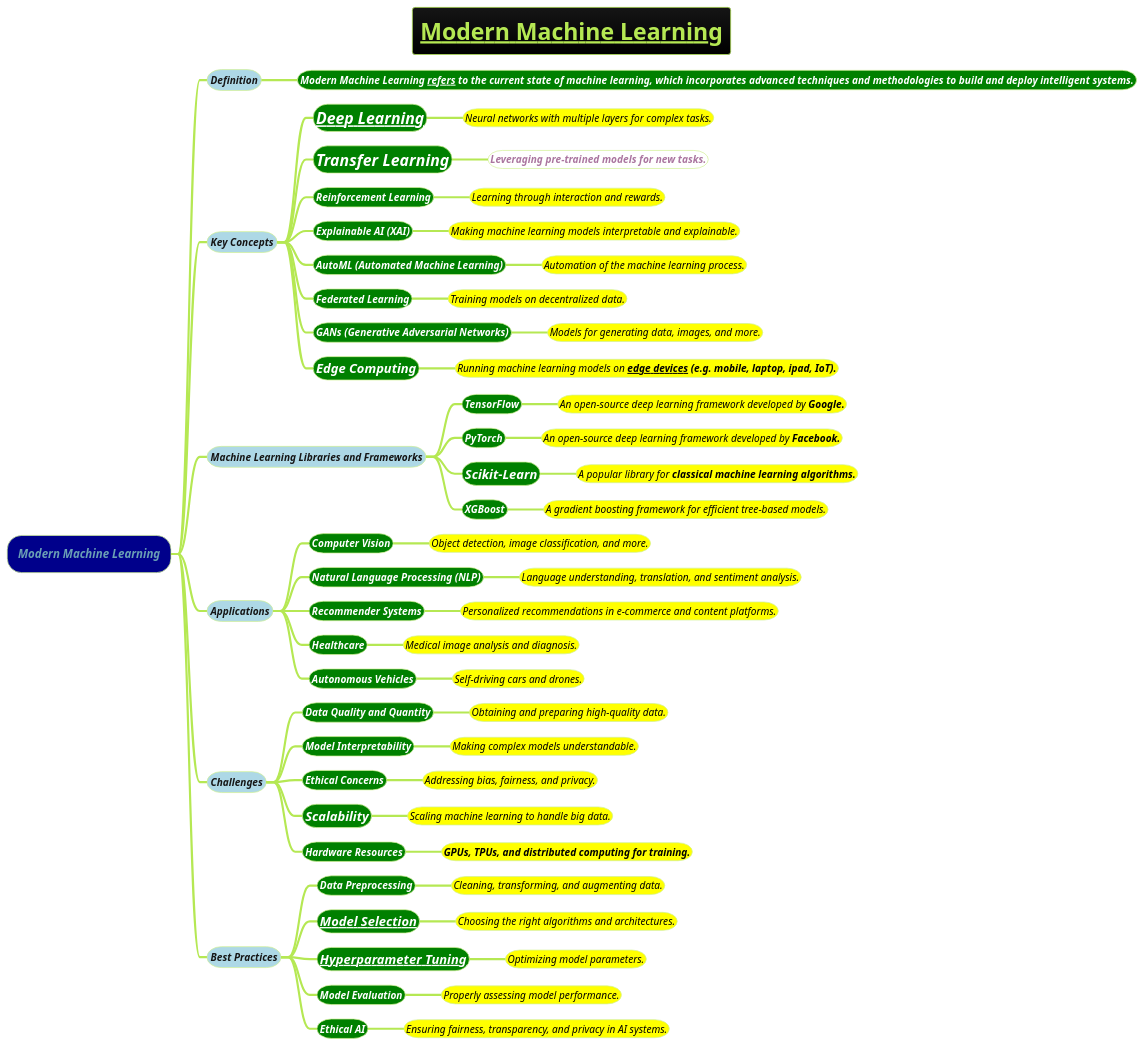
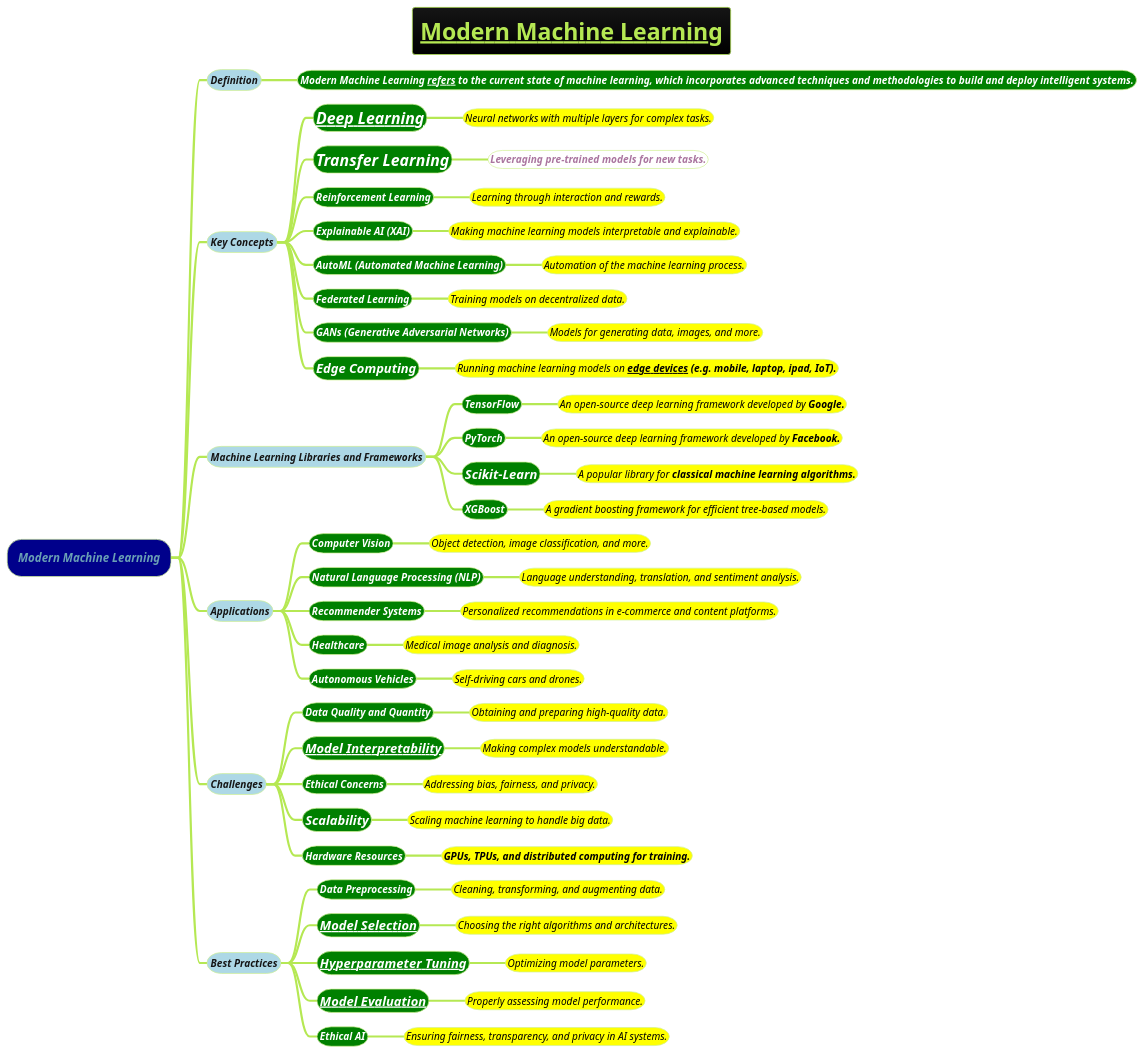
Before and after one commit to MehmoodHashmi/Documentation-as-Code-DaC: the diagram in docs/AI-ML- DL-Data-Science-and-BigData/machine-learning-ML/Modern-Machine-Learning.puml, drawn with PlantUML. The commit also changed 9 other files, not shown here.

```diff
--- a/docs/AI-ML- DL-Data-Science-and-BigData/machine-learning-ML/Modern-Machine-Learning.puml
+++ b/docs/AI-ML- DL-Data-Science-and-BigData/machine-learning-ML/Modern-Machine-Learning.puml
@@ -1,73 +1,73 @@
 @startmindmap
 title =**__Modern Machine Learning__**
 !theme hacker
 
 *[#darkblue] <i>Modern Machine Learning
 **[#lightblue] <size:14><i>Definition
 ***[#green] <b><color #white><i><size:14><i><size:14>**Modern Machine Learning** __refers__ to the **current state of machine learning,** which incorporates **advanced techniques and methodologies to build and deploy intelligent systems.**
 
 **[#lightblue] <size:14><i>Key Concepts
 ***[#green] <size:22><color #white><i>**[[3-deep-learning-DL/Deep-Learning.puml Deep Learning]]**
 ****[#yellow] <color #black><i><size:14>Neural networks with multiple layers for complex tasks.
 ***[#green] <i><size:22><b><color #white>Transfer Learning
 ****[#white] <i><size:14>**Leveraging pre-trained models for new tasks.**
 ***[#green] <b><color #white><i><size:14>Reinforcement Learning
 ****[#yellow] <color #black><i><size:14>Learning through interaction and rewards.
 ***[#green] <b><color #white><i><size:14>Explainable AI **(XAI)**
 ****[#yellow] <color #black><i><size:14>Making machine learning models interpretable and explainable.
 ***[#green] <b><color #white><i><size:14>AutoML **(Automated Machine Learning)**
 ****[#yellow] <color #black><i><size:14>Automation of the machine learning process.
 ***[#green] <b><color #white><i><size:14>Federated Learning
 ****[#yellow] <color #black><i><size:14>Training models on decentralized data.
 ***[#green] <b><color #white><i><size:14>GANs **(Generative Adversarial Networks)**
 ****[#yellow] <color #black><i><size:14>Models for generating data, images, and more.
 ***[#green] <size:18><color #white><i>**Edge Computing**
 ****[#yellow] <color #black><i><size:14>Running machine learning models on __**edge devices**__ **(e.g. mobile, laptop, ipad, IoT).**
 
 **[#lightblue] <size:14><i>Machine Learning Libraries and Frameworks
 ***[#green] <b><color #white><i><size:14>TensorFlow
 ****[#yellow] <color #black><i><size:14>An open-source deep learning framework developed by **Google.**
 ***[#green] <b><color #white><i><size:14>PyTorch
 ****[#yellow] <color #black><i><size:14>An open-source deep learning framework developed by **Facebook.**
 ***[#green] <size:18><color #white><i>**Scikit-Learn**
 ****[#yellow] <color #black><i><size:14>A popular library for **classical machine learning algorithms.**
 ***[#green] <b><color #white><i><size:14>XGBoost
 ****[#yellow] <color #black><i><size:14>A gradient boosting framework for efficient tree-based models.
 
 **[#lightblue] <size:14><i>Applications
 ***[#green] <b><color #white><i><size:14>Computer Vision
 ****[#yellow] <color #black><i><size:14>Object detection, image classification, and more.
 ***[#green] <b><color #white><i><size:14>Natural Language Processing **(NLP)**
 ****[#yellow] <color #black><i><size:14>Language understanding, translation, and sentiment analysis.
 ***[#green] <b><color #white><i><size:14>Recommender Systems
 ****[#yellow] <color #black><i><size:14>Personalized recommendations in e-commerce and content platforms.
 ***[#green] <b><color #white><i><size:14>Healthcare
 ****[#yellow] <color #black><i><size:14>Medical image analysis and diagnosis.
 ***[#green] <b><color #white><i><size:14>Autonomous Vehicles
 ****[#yellow] <color #black><i><size:14>Self-driving cars and drones.
 
 **[#lightblue] <size:14><i>Challenges
 ***[#green] <b><color #white><i><size:14>Data Quality and Quantity
 ****[#yellow] <color #black><i><size:14>Obtaining and preparing high-quality data.
-***[#green] <b><color #white><i><size:14>Model Interpretability
+***[#green] <b><color #white><i><size:18>[[3-deep-learning-DL/how-to/Model-Explainability.puml Model Interpretability]]
 ****[#yellow] <color #black><i><size:14>Making complex models understandable.
 ***[#green] <b><color #white><i><size:14>Ethical Concerns
 ****[#yellow] <color #black><i><size:14>Addressing bias, fairness, and privacy.
 ***[#green] <size:18><color #white><i>**Scalability**
 ****[#yellow] <color #black><i><size:14>Scaling machine learning to handle big data.
 ***[#green] <b><color #white><i><size:14>Hardware Resources
 ****[#yellow] <color #black><i><size:14>**GPUs, TPUs, and distributed computing for training.**
 
 **[#lightblue] <size:14><i>Best Practices
 ***[#green] <b><size:14><color #white><i>**Data Preprocessing**
 ****[#yellow] <color #black><i><size:14>Cleaning, transforming, and augmenting data.
 ***[#green] <i><size:18>**[[3-deep-learning-DL/how-to/Criteria-to-Select-a-Network-Architecture.puml Model Selection]]**
 ****[#yellow] <color #black><i><size:14>Choosing the right algorithms and architectures.
 ***[#green] <i><size:18>**[[3-deep-learning-DL/Hyperparameter-Tuning.puml Hyperparameter Tuning]]**
 ****[#yellow] <color #black><i><size:14>Optimizing model parameters.
-***[#green] <b><color #white><i><size:14>Model Evaluation
+***[#green] <b><color #white><i><size:18>[[Model-Evaluation.puml Model Evaluation]]
 ****[#yellow] <color #black><i><size:14>Properly assessing model performance.
 ***[#green] <b><color #white><i><size:14>Ethical AI
 ****[#yellow] <color #black><i><size:14>Ensuring fairness, transparency, and privacy in AI systems.
 
 @endmindmap
```
